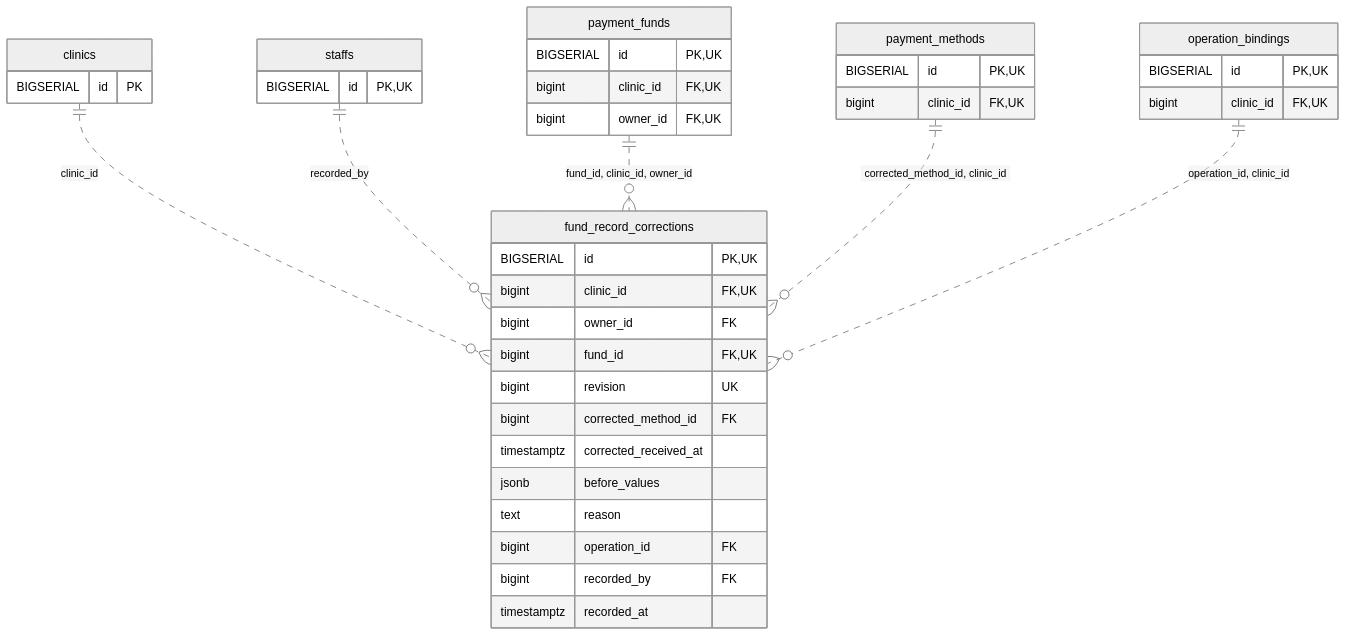
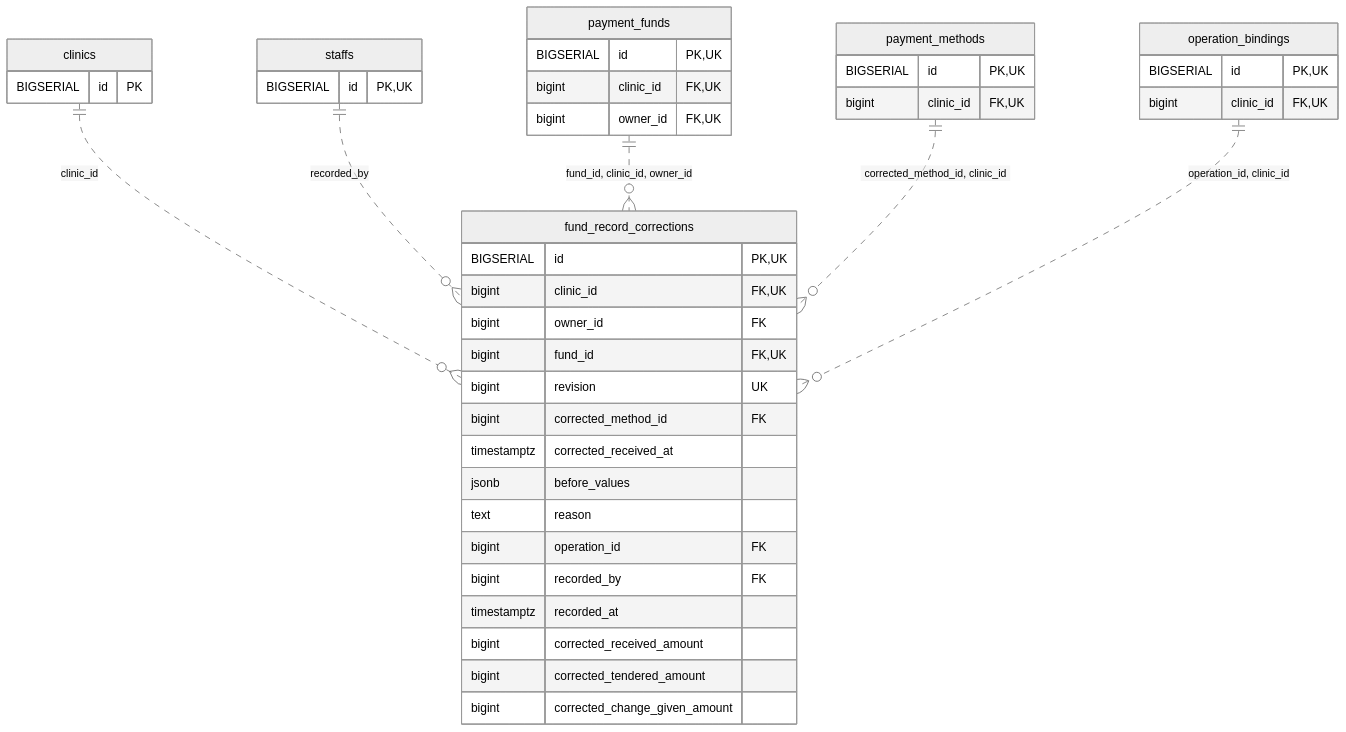
One commit to MinoruSoga/AnimalEkarte changed the diagram in docs/architecture/erd-detail/fund_record_corrections.md. Above: the diagram before and after it, drawn with Mermaid (neutral theme). The commit also changed other lines of this file and 147 other files, not shown here.

````diff
--- a/docs/architecture/erd-detail/fund_record_corrections.md
+++ b/docs/architecture/erd-detail/fund_record_corrections.md
@@ -35,41 +38,44 @@
 ```mermaid
 erDiagram
     fund_record_corrections {
         BIGSERIAL id PK,UK
         bigint clinic_id FK,UK
         bigint owner_id FK
         bigint fund_id FK,UK
         bigint revision UK
         bigint corrected_method_id FK
         timestamptz corrected_received_at
         jsonb before_values
         text reason
         bigint operation_id FK
         bigint recorded_by FK
         timestamptz recorded_at
+        bigint corrected_received_amount
+        bigint corrected_tendered_amount
+        bigint corrected_change_given_amount
     }
     clinics {
         BIGSERIAL id PK
     }
     operation_bindings {
         BIGSERIAL id PK,UK
         bigint clinic_id FK,UK
     }
     payment_funds {
         BIGSERIAL id PK,UK
         bigint clinic_id FK,UK
         bigint owner_id FK,UK
     }
     payment_methods {
         BIGSERIAL id PK,UK
         bigint clinic_id FK,UK
     }
     staffs {
         BIGSERIAL id PK,UK
     }
     clinics ||..o{ fund_record_corrections : "clinic_id"
     staffs ||..o{ fund_record_corrections : "recorded_by"
     payment_funds ||..o{ fund_record_corrections : "fund_id, clinic_id, owner_id"
     payment_methods ||..o{ fund_record_corrections : "corrected_method_id, clinic_id"
     operation_bindings ||..o{ fund_record_corrections : "operation_id, clinic_id"
 ```
````
